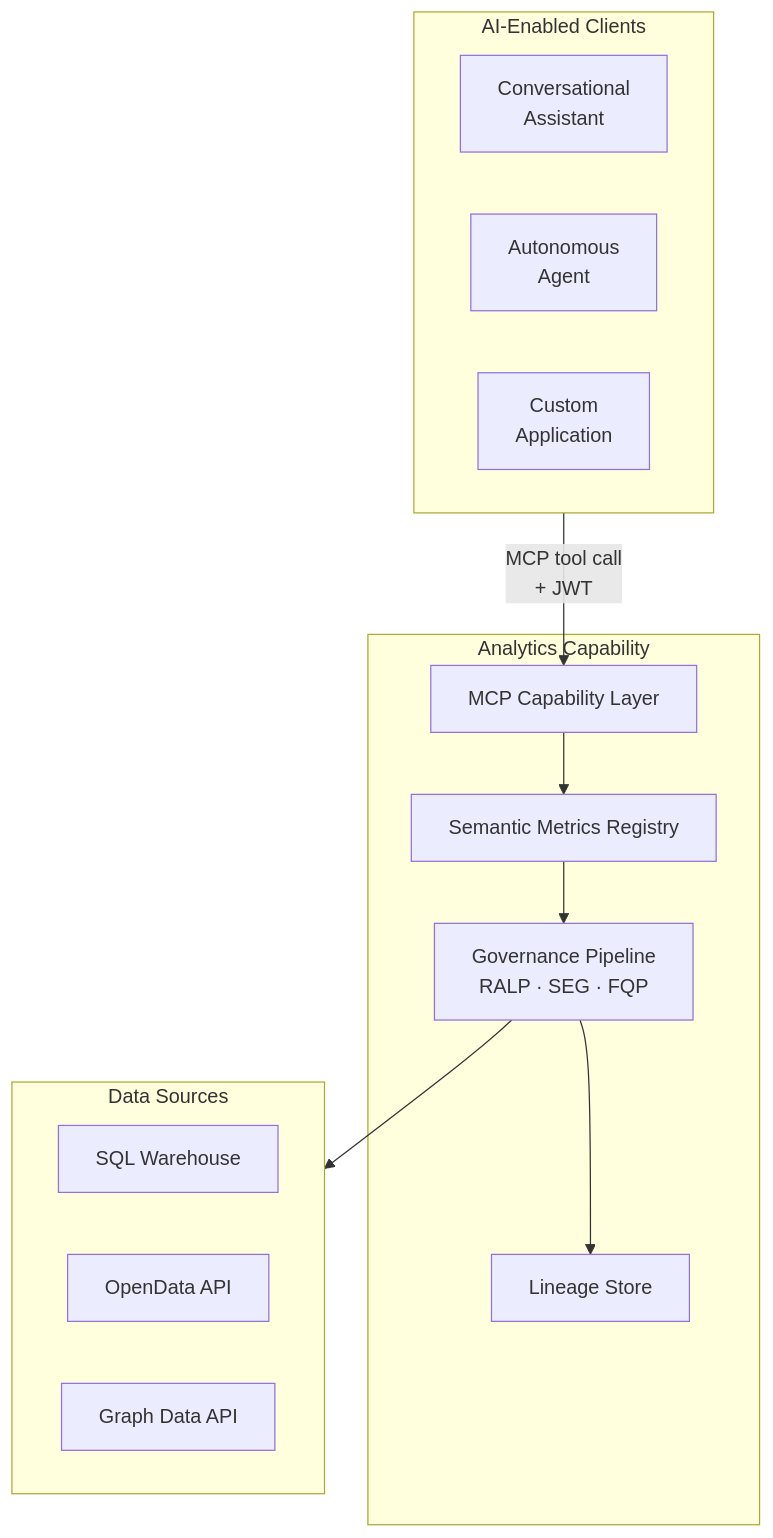
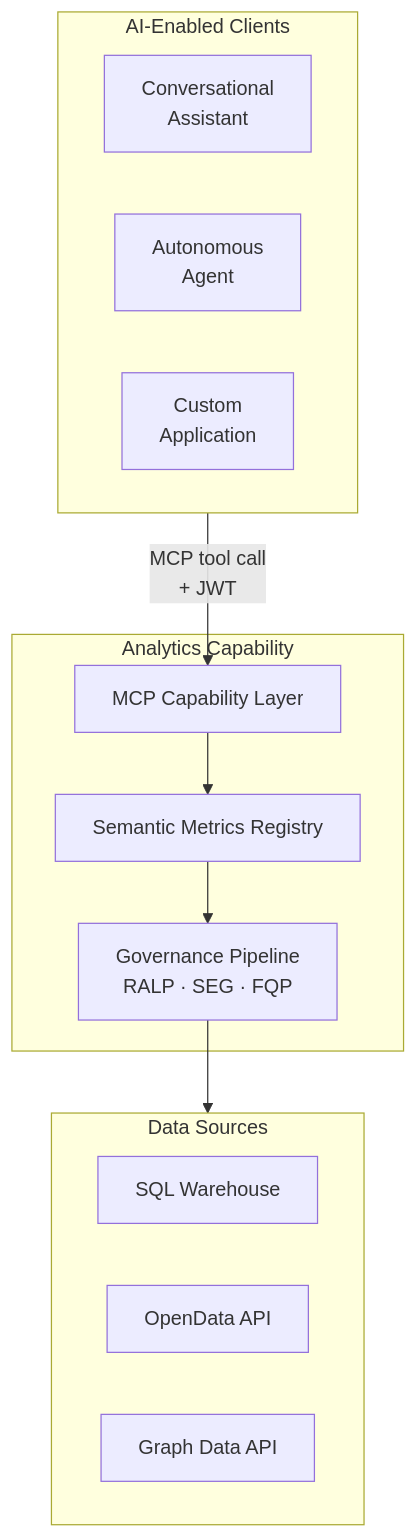
Before and after one commit to M-A-Operating-System/shared-work: the diagram in docs/product/analytics/01-platform-overview.md, drawn with Mermaid.

````diff
--- a/docs/product/analytics/01-platform-overview.md
+++ b/docs/product/analytics/01-platform-overview.md
@@ -93,27 +93,25 @@
 ```mermaid
 flowchart TB
     subgraph clients["AI-Enabled Clients"]
         A1["Conversational\nAssistant"]
         A2["Autonomous\nAgent"]
         A3["Custom\nApplication"]
     end
 
     subgraph platform["Analytics Capability"]
         B1["MCP Capability Layer"]
         B2["Semantic Metrics Registry"]
         B3["Governance Pipeline\nRALP · SEG · FQP"]
-        B4["Lineage Store"]
     end
 
     subgraph data["Data Sources"]
         C1["SQL Warehouse"]
         C2["OpenData API"]
         C3["Graph Data API"]
     end
 
     clients -->|"MCP tool call\n+ JWT"| B1
     B1 --> B2
     B2 --> B3
-    B3 --> B4
     B3 --> data
 ```
````
